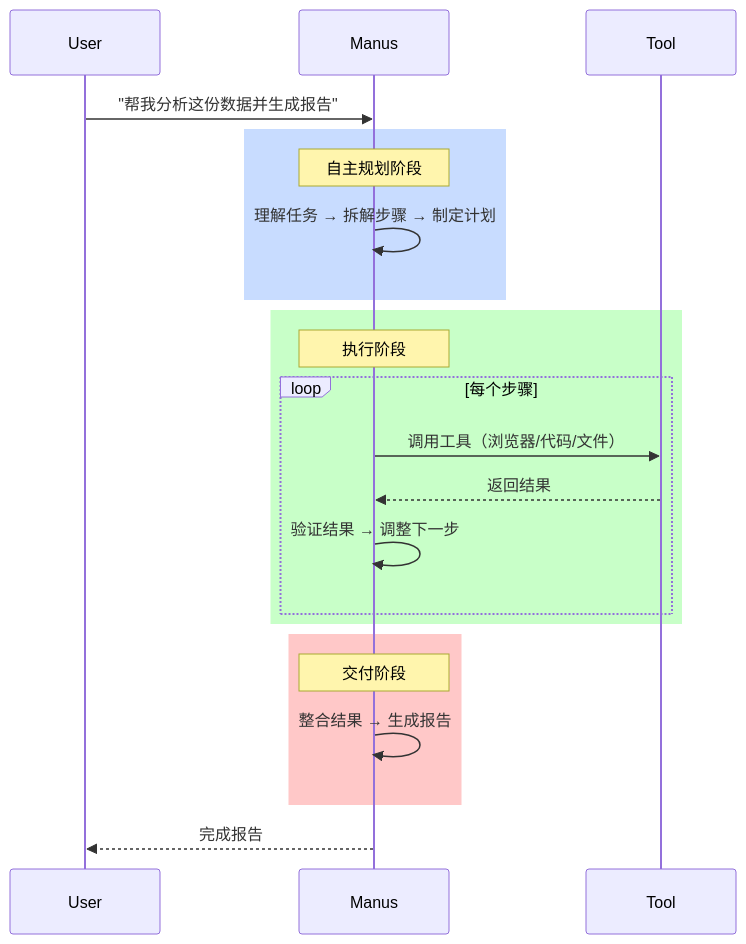
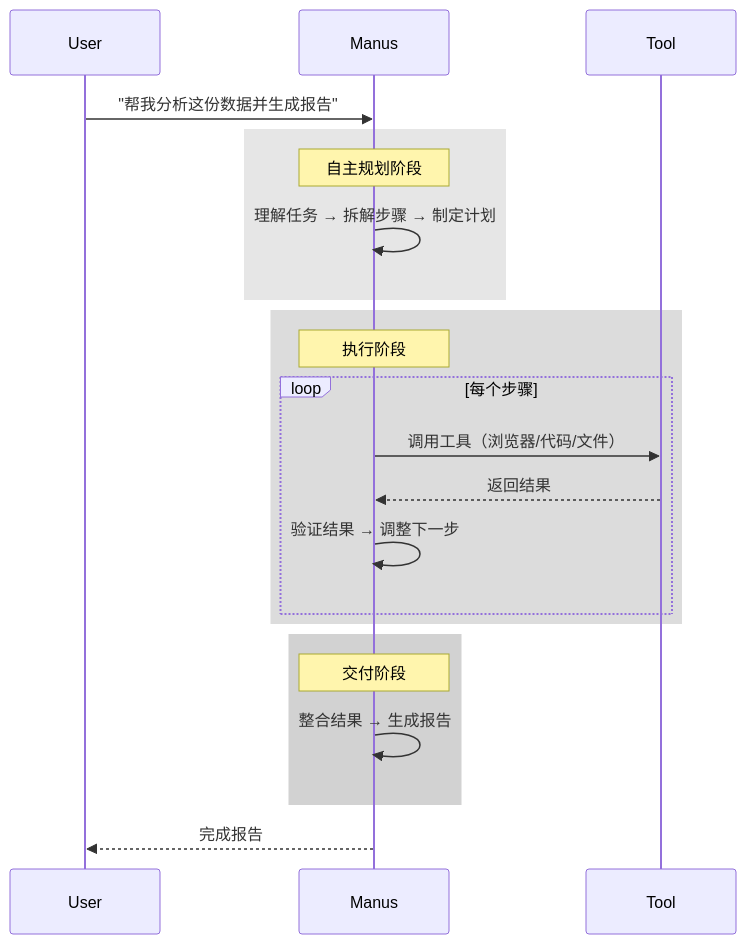
The sixth of 11 diagrams in _posts/2026-03-01-openclaw-agent-gateway.md (FreezeSoul/freezesoul.github.com), drawn with Mermaid before and after one commit.

Commit message:
fix: 改用灰色系区块

````diff
--- a/_posts/2026-03-01-openclaw-agent-gateway.md
+++ b/_posts/2026-03-01-openclaw-agent-gateway.md
@@ -303,25 +303,25 @@
 ```mermaid
 sequenceDiagram
     User->>Manus: "帮我分析这份数据并生成报告"
     
-    rect rgb(200, 220, 255)
+    rect rgb(230, 230, 230)
         Note over Manus: 自主规划阶段
         Manus->>Manus: 理解任务 → 拆解步骤 → 制定计划
     end
     
-    rect rgb(200, 255, 200)
+    rect rgb(220, 220, 220)
         Note over Manus: 执行阶段
         loop 每个步骤
             Manus->>Tool: 调用工具（浏览器/代码/文件）
             Tool-->>Manus: 返回结果
             Manus->>Manus: 验证结果 → 调整下一步
         end
     end
     
-    rect rgb(255, 200, 200)
+    rect rgb(210, 210, 210)
         Note over Manus: 交付阶段
         Manus->>Manus: 整合结果 → 生成报告
     end
     
     Manus-->>User: 完成报告
 ```
````
